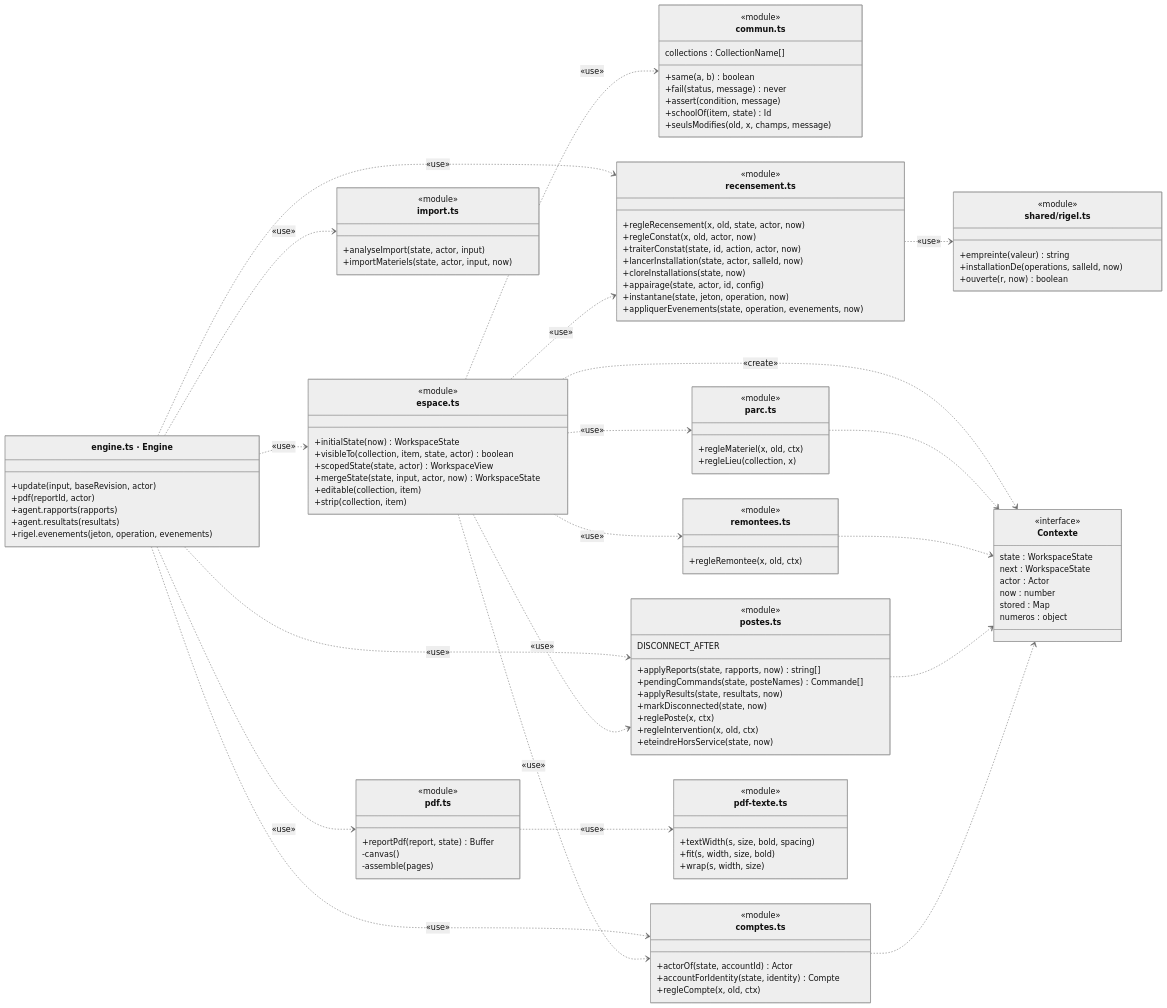
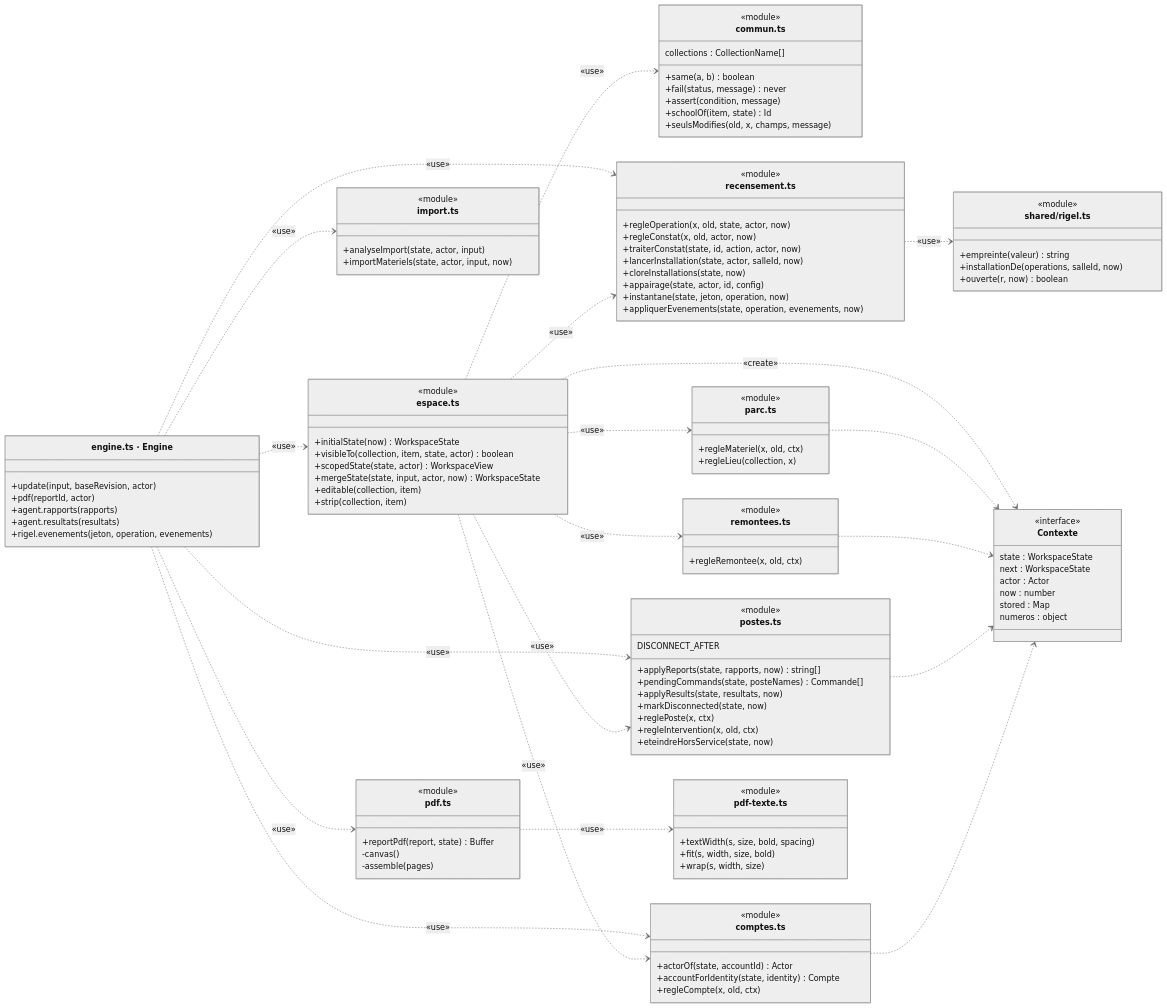
Before and after one commit to bpierrelouis/aster: the second of 3 diagrams in docs/02-ANALYSE/04-CONCEPTION/27-DIAGRAMME-CLASSES-CONCEPTION.md, drawn with Mermaid (neutral theme). The commit also changed other lines of this file and 6 other files, not shown here.

```diff
--- a/docs/02-ANALYSE/04-CONCEPTION/27-DIAGRAMME-CLASSES-CONCEPTION.md
+++ b/docs/02-ANALYSE/04-CONCEPTION/27-DIAGRAMME-CLASSES-CONCEPTION.md
@@ -206,7 +206,7 @@
     }
     class Recensement["recensement.ts"] {
         <<module>>
-        +regleRecensement(x, old, state, actor, now)
+        +regleOperation(x, old, state, actor, now)
         +regleConstat(x, old, actor, now)
         +traiterConstat(state, id, action, actor, now)
         +lancerInstallation(state, actor, salleId, now)
```
